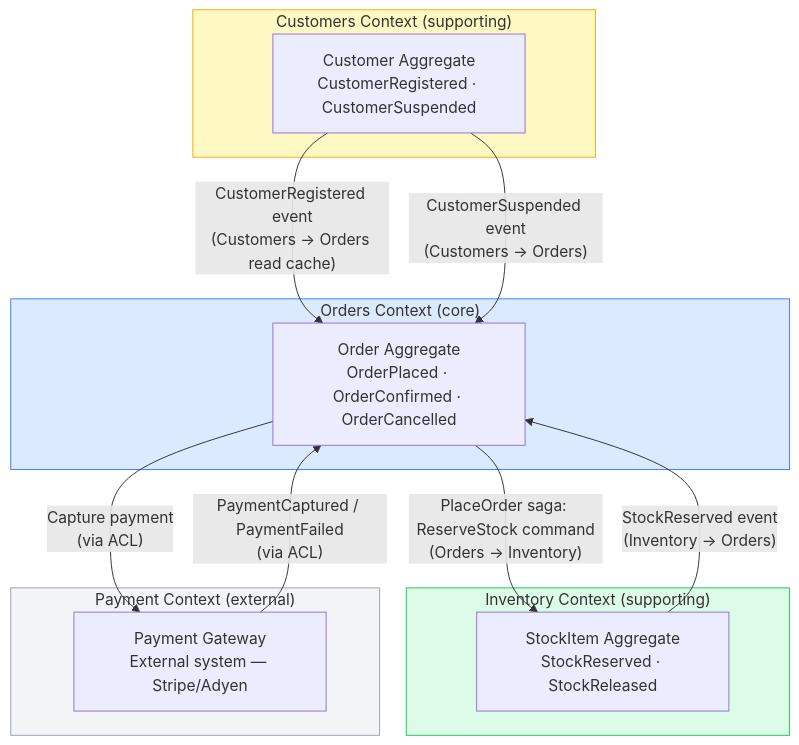
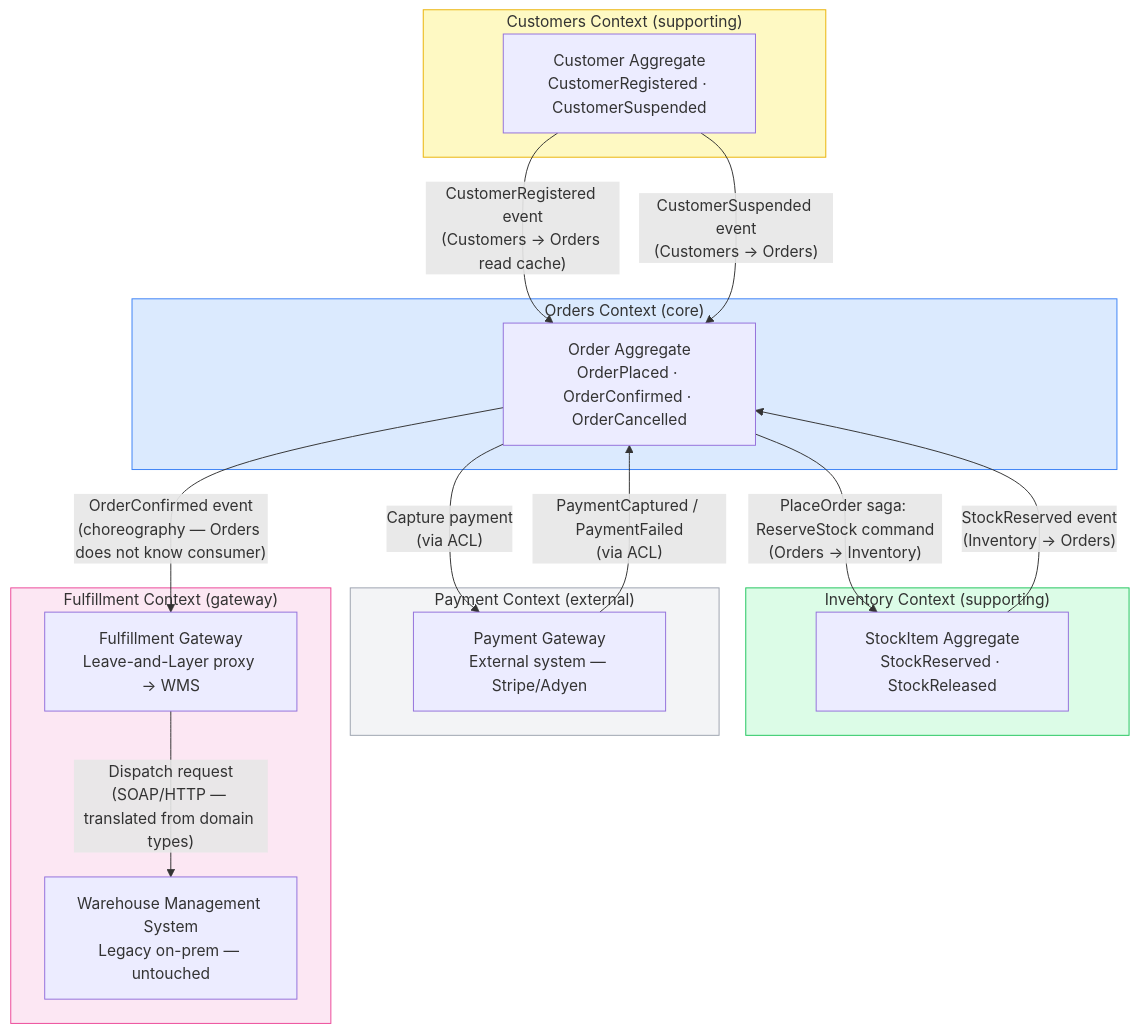
The diagram in docs/ddd/bounded-contexts.md (naren-chakraview/chakraview-enterprise-modernization), drawn with Mermaid before and after one commit. The commit also changed other lines of this file and 21 other files, not shown here.

First line of the commit message:
Add five architecture patterns: Leave-and-Layer, Choreography, Circuit Breaker, Sidecar, Bulkhead

````diff
--- a/docs/ddd/bounded-contexts.md
+++ b/docs/ddd/bounded-contexts.md
@@ -11,30 +11,38 @@
 ```mermaid
 graph TD
     subgraph orders_ctx ["Orders Context (core)"]
         ORD[Order Aggregate\nOrderPlaced · OrderConfirmed · OrderCancelled]
     end
 
     subgraph inventory_ctx ["Inventory Context (supporting)"]
         INV[StockItem Aggregate\nStockReserved · StockReleased]
     end
 
     subgraph customers_ctx ["Customers Context (supporting)"]
         CUS[Customer Aggregate\nCustomerRegistered · CustomerSuspended]
     end
 
     subgraph payment_ctx ["Payment Context (external)"]
         PAY[Payment Gateway\nExternal system — Stripe/Adyen]
     end
 
+    subgraph fulfillment_ctx ["Fulfillment Context (gateway)"]
+        FUL[Fulfillment Gateway\nLeave-and-Layer proxy → WMS]
+        WMS[Warehouse Management System\nLegacy on-prem — untouched]
+    end
+
     ORD -->|"PlaceOrder saga: ReserveStock command\n(Orders → Inventory)"| INV
     INV -->|"StockReserved event\n(Inventory → Orders)"| ORD
     ORD -->|"Capture payment\n(via ACL)"| PAY
     PAY -->|"PaymentCaptured / PaymentFailed\n(via ACL)"| ORD
     CUS -->|"CustomerRegistered event\n(Customers → Orders read cache)"| ORD
     CUS -->|"CustomerSuspended event\n(Customers → Orders)"| ORD
+    ORD -->|"OrderConfirmed event\n(choreography — Orders does not know consumer)"| FUL
+    FUL -->|"Dispatch request\n(SOAP/HTTP — translated from domain types)"| WMS
 
     style orders_ctx fill:#dbeafe,stroke:#3b82f6
     style inventory_ctx fill:#dcfce7,stroke:#22c55e
     style customers_ctx fill:#fef9c3,stroke:#eab308
     style payment_ctx fill:#f3f4f6,stroke:#9ca3af
+    style fulfillment_ctx fill:#fce7f3,stroke:#ec4899
 ```
````
